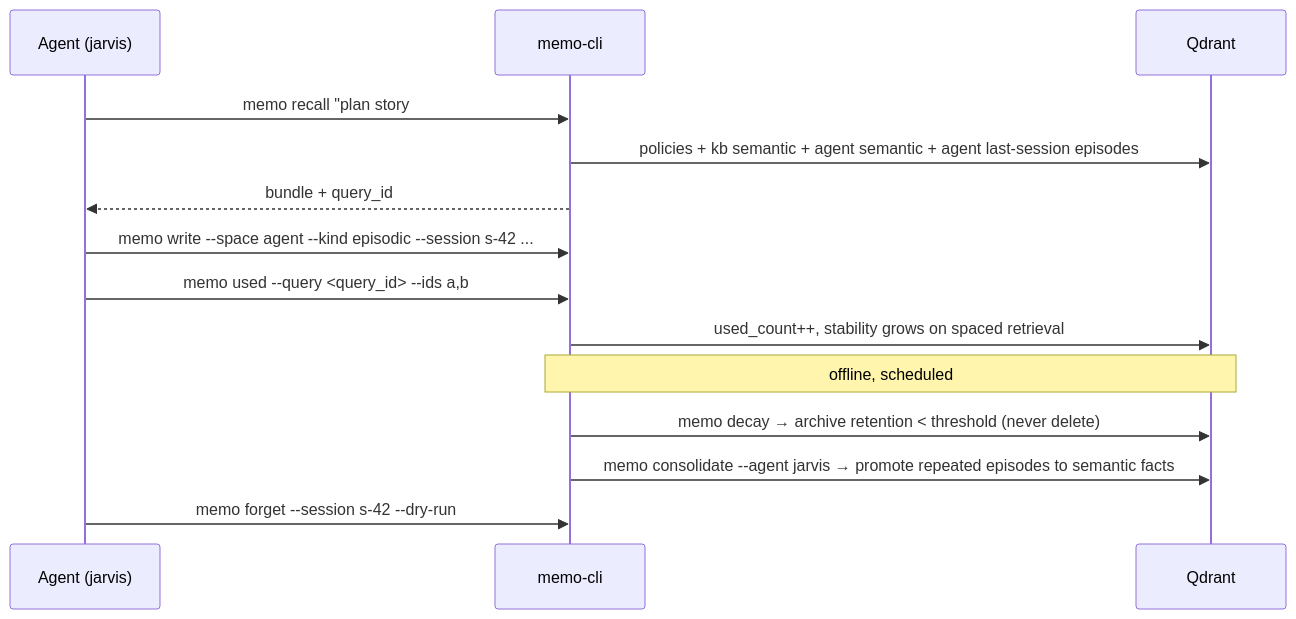
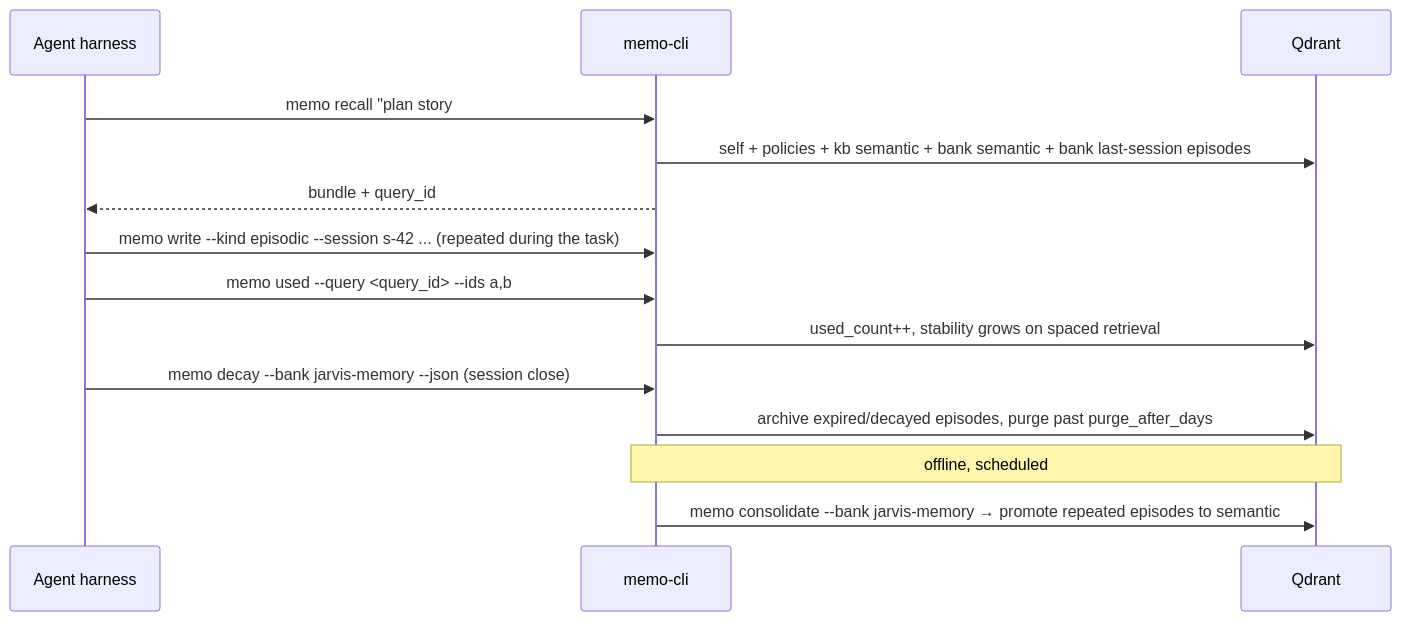
One commit to llipe/memo-cli changed the second of 5 diagrams in docs/requirements/prd-004-long-lived-agent-memory.md. Above: the diagram before and after it, drawn with Mermaid. The commit also changed other lines of this file, not shown here.

First line of the commit message:
docs(requirements): PRD-004 v1.2 memory banks and deletion contract

````diff
--- a/docs/requirements/prd-004-long-lived-agent-memory.md
+++ b/docs/requirements/prd-004-long-lived-agent-memory.md
@@ -67,16 +67,16 @@
 ```mermaid
 sequenceDiagram
-  participant A as Agent (jarvis)
+  participant A as Agent harness
   participant M as memo-cli
   participant Q as Qdrant
-  A->>M: memo recall "plan story #42" --agent jarvis
-  M->>Q: policies + kb semantic + agent semantic + agent last-session episodes
+  A->>M: memo recall "plan story #42" --bank jarvis-memory
+  M->>Q: self + policies + kb semantic + bank semantic + bank last-session episodes
   M-->>A: bundle + query_id
-  A->>M: memo write --space agent --kind episodic --session s-42 ...
+  A->>M: memo write --kind episodic --session s-42 ... (repeated during the task)
   A->>M: memo used --query <query_id> --ids a,b
   M->>Q: used_count++, stability grows on spaced retrieval
+  A->>M: memo decay --bank jarvis-memory --json (session close)
+  M->>Q: archive expired/decayed episodes, purge past purge_after_days
   Note over M,Q: offline, scheduled
-  M->>Q: memo decay → archive retention < threshold (never delete)
-  M->>Q: memo consolidate --agent jarvis → promote repeated episodes to semantic facts
-  A->>M: memo forget --session s-42 --dry-run
+  M->>Q: memo consolidate --bank jarvis-memory → promote repeated episodes to semantic
 ```
````
